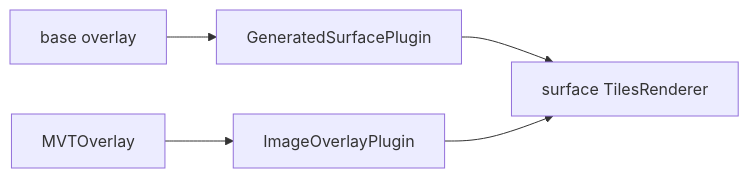
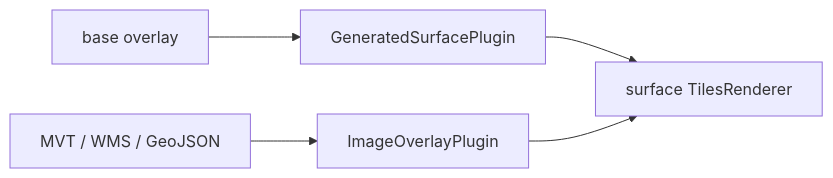
One commit to cyanfish-x/tellux changed the third of 5 diagrams in docs/3d-tiles-renderer-plugins-and-overlays.md. Above: the diagram before and after it, drawn with Mermaid. The commit also changed other lines of this file and 19 other files, not shown here.

Commit message:
完成数据源切换案例；完成图层架构重构与确立；

````diff
--- a/docs/3d-tiles-renderer-plugins-and-overlays.md
+++ b/docs/3d-tiles-renderer-plugins-and-overlays.md
@@ -417,7 +420,7 @@
 ```mermaid
 flowchart LR
   BaseOverlay["base overlay"] --> GeneratedSurfacePlugin
-  MVTOverlay --> ImageOverlayPlugin
+  BusinessOverlay["MVT / WMS / GeoJSON"] --> ImageOverlayPlugin
   GeneratedSurfacePlugin --> SurfaceTileset["surface TilesRenderer"]
   ImageOverlayPlugin --> SurfaceTileset
 ```
````
